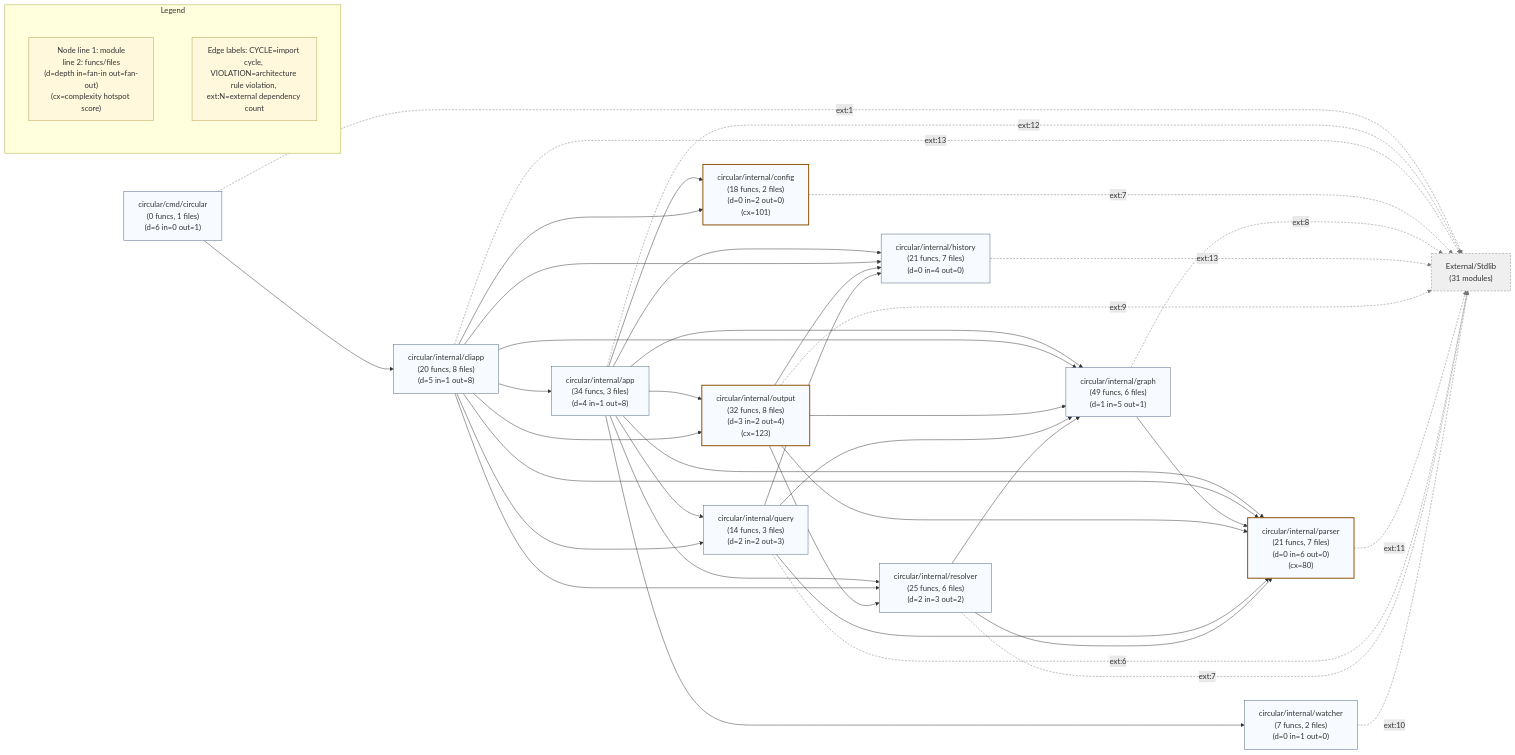
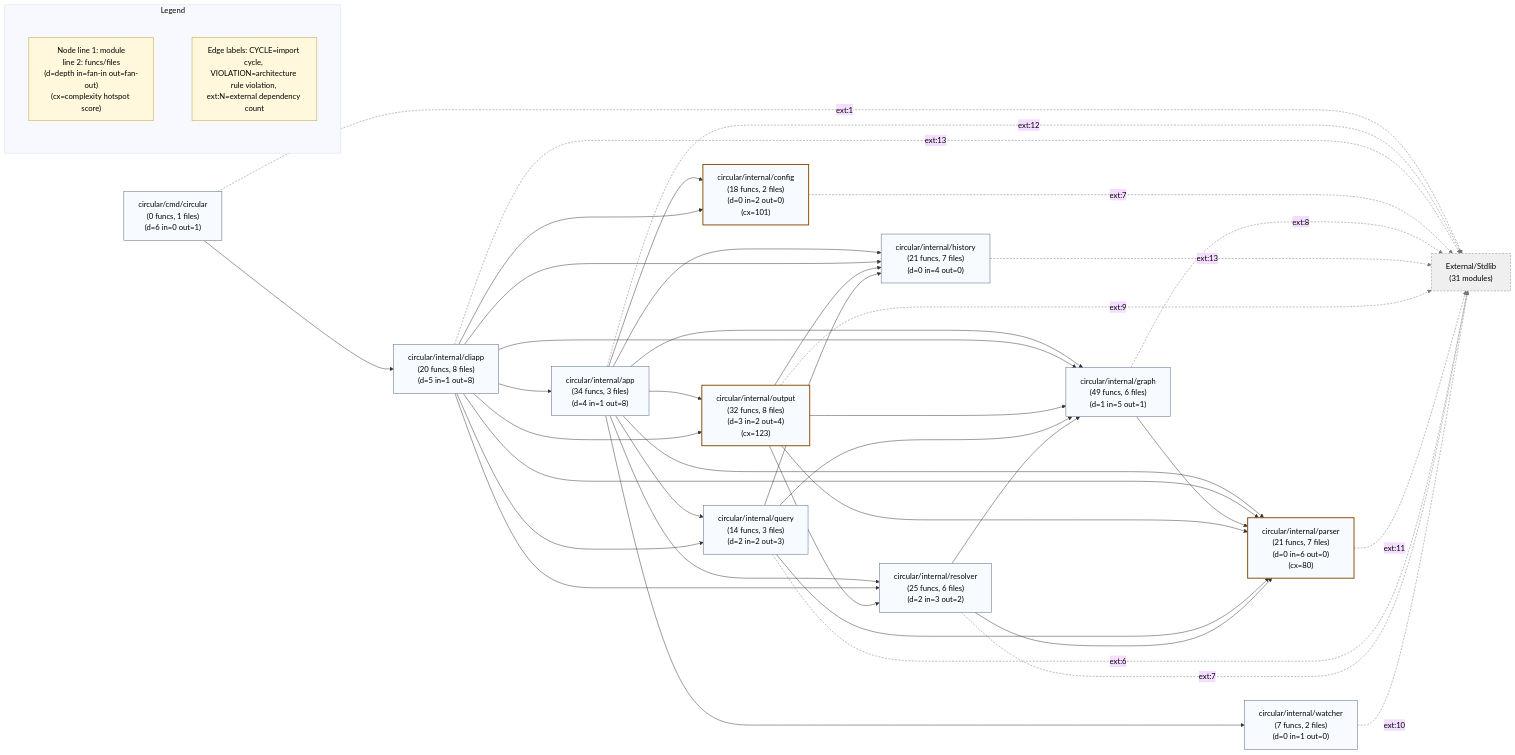
Before and after one commit to michaelbomholt665/code-watch: the diagram in docs/diagrams/graph.mmd, drawn with Mermaid. The commit also changed 2 other files, not shown here.

Commit message:
output: force black Mermaid text for readability on GitHub

```diff
--- a/docs/diagrams/graph.mmd
+++ b/docs/diagrams/graph.mmd
@@ -1,69 +1,69 @@
-%%{init: {'flowchart': {'nodeSpacing': 80, 'rankSpacing': 110, 'curve': 'basis'}}}%%
+%%{init: {'theme': 'base', 'themeVariables': {'textColor': '#000000', 'primaryTextColor': '#000000', 'lineColor': '#333333'}, 'flowchart': {'nodeSpacing': 80, 'rankSpacing': 110, 'curve': 'basis'}}}%%
 flowchart LR
   circular_cmd_circular["circular/cmd/circular\n(0 funcs, 1 files)\n(d=6 in=0 out=1)"]
   circular_internal_app["circular/internal/app\n(34 funcs, 3 files)\n(d=4 in=1 out=8)"]
   circular_internal_cliapp["circular/internal/cliapp\n(20 funcs, 8 files)\n(d=5 in=1 out=8)"]
   circular_internal_config["circular/internal/config\n(18 funcs, 2 files)\n(d=0 in=2 out=0)\n(cx=101)"]
   circular_internal_graph["circular/internal/graph\n(49 funcs, 6 files)\n(d=1 in=5 out=1)"]
   circular_internal_history["circular/internal/history\n(21 funcs, 7 files)\n(d=0 in=4 out=0)"]
   circular_internal_output["circular/internal/output\n(32 funcs, 8 files)\n(d=3 in=2 out=4)\n(cx=123)"]
   circular_internal_parser["circular/internal/parser\n(21 funcs, 7 files)\n(d=0 in=6 out=0)\n(cx=80)"]
   circular_internal_query["circular/internal/query\n(14 funcs, 3 files)\n(d=2 in=2 out=3)"]
   circular_internal_resolver["circular/internal/resolver\n(25 funcs, 6 files)\n(d=2 in=3 out=2)"]
   circular_internal_watcher["circular/internal/watcher\n(7 funcs, 2 files)\n(d=0 in=1 out=0)"]
   __external_aggregate__["External/Stdlib\n(31 modules)"]
 
-  classDef internalNode fill:#f7fbff,stroke:#4d6480,stroke-width:1px;
+  classDef internalNode fill:#f7fbff,stroke:#4d6480,stroke-width:1px,color:#000000;
   class circular_cmd_circular,circular_internal_app,circular_internal_cliapp,circular_internal_config,circular_internal_graph,circular_internal_history,circular_internal_output,circular_internal_parser,circular_internal_query,circular_internal_resolver,circular_internal_watcher internalNode;
-  classDef externalNode fill:#efefef,stroke:#808080,stroke-dasharray:4 3;
+  classDef externalNode fill:#efefef,stroke:#808080,stroke-dasharray:4 3,color:#000000;
   class __external_aggregate__ externalNode;
-  classDef hotspotNode stroke:#8a4f00,stroke-width:2px;
+  classDef hotspotNode stroke:#8a4f00,stroke-width:2px,color:#000000;
   class circular_internal_config,circular_internal_output,circular_internal_parser hotspotNode;
 
   circular_cmd_circular --> circular_internal_cliapp
   circular_internal_app --> circular_internal_config
   circular_internal_app --> circular_internal_graph
   circular_internal_app --> circular_internal_history
   circular_internal_app --> circular_internal_output
   circular_internal_app --> circular_internal_parser
   circular_internal_app --> circular_internal_query
   circular_internal_app --> circular_internal_resolver
   circular_internal_app --> circular_internal_watcher
   circular_internal_cliapp --> circular_internal_app
   circular_internal_cliapp --> circular_internal_config
   circular_internal_cliapp --> circular_internal_graph
   circular_internal_cliapp --> circular_internal_history
   circular_internal_cliapp --> circular_internal_output
   circular_internal_cliapp --> circular_internal_parser
   circular_internal_cliapp --> circular_internal_query
   circular_internal_cliapp --> circular_internal_resolver
   circular_internal_graph --> circular_internal_parser
   circular_internal_output --> circular_internal_graph
   circular_internal_output --> circular_internal_history
   circular_internal_output --> circular_internal_parser
   circular_internal_output --> circular_internal_resolver
   circular_internal_query --> circular_internal_graph
   circular_internal_query --> circular_internal_history
   circular_internal_query --> circular_internal_parser
   circular_internal_resolver --> circular_internal_graph
   circular_internal_resolver --> circular_internal_parser
   circular_cmd_circular -->|ext:1| __external_aggregate__
   circular_internal_app -->|ext:12| __external_aggregate__
   circular_internal_cliapp -->|ext:13| __external_aggregate__
   circular_internal_config -->|ext:7| __external_aggregate__
   circular_internal_graph -->|ext:8| __external_aggregate__
   circular_internal_history -->|ext:13| __external_aggregate__
   circular_internal_output -->|ext:9| __external_aggregate__
   circular_internal_parser -->|ext:11| __external_aggregate__
   circular_internal_query -->|ext:6| __external_aggregate__
   circular_internal_resolver -->|ext:7| __external_aggregate__
   circular_internal_watcher -->|ext:10| __external_aggregate__
 
   linkStyle 27,28,29,30,31,32,33,34,35,36,37 stroke:#777777,stroke-dasharray:4 3;
 
   subgraph legend_info["Legend"]
     legend_metrics["Node line 1: module\nline 2: funcs/files\n(d=depth in=fan-in out=fan-out)\n(cx=complexity hotspot score)"]
     legend_edges["Edge labels: CYCLE=import cycle, VIOLATION=architecture rule violation, ext:N=external dependency count"]
   end
-  classDef legendNode fill:#fff8dc,stroke:#b8a24c,stroke-width:1px;
+  classDef legendNode fill:#fff8dc,stroke:#b8a24c,stroke-width:1px,color:#000000;
   class legend_metrics,legend_edges legendNode;
```
